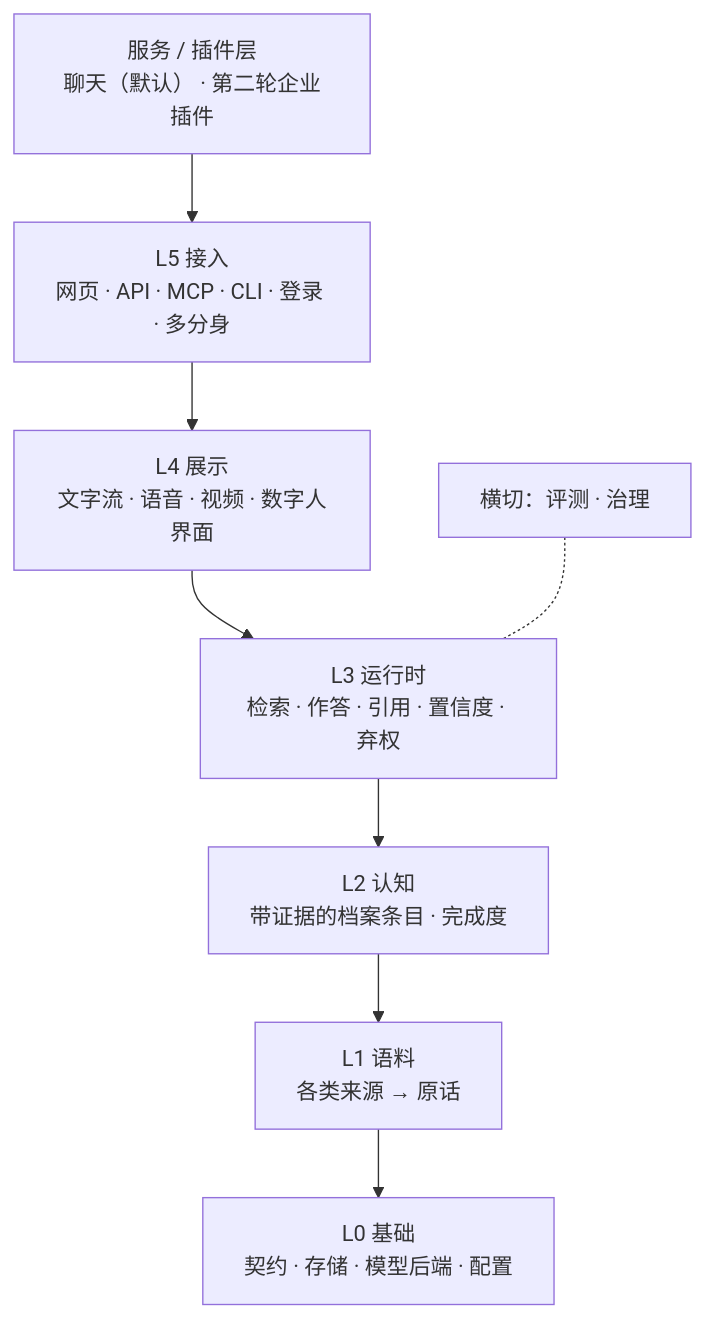
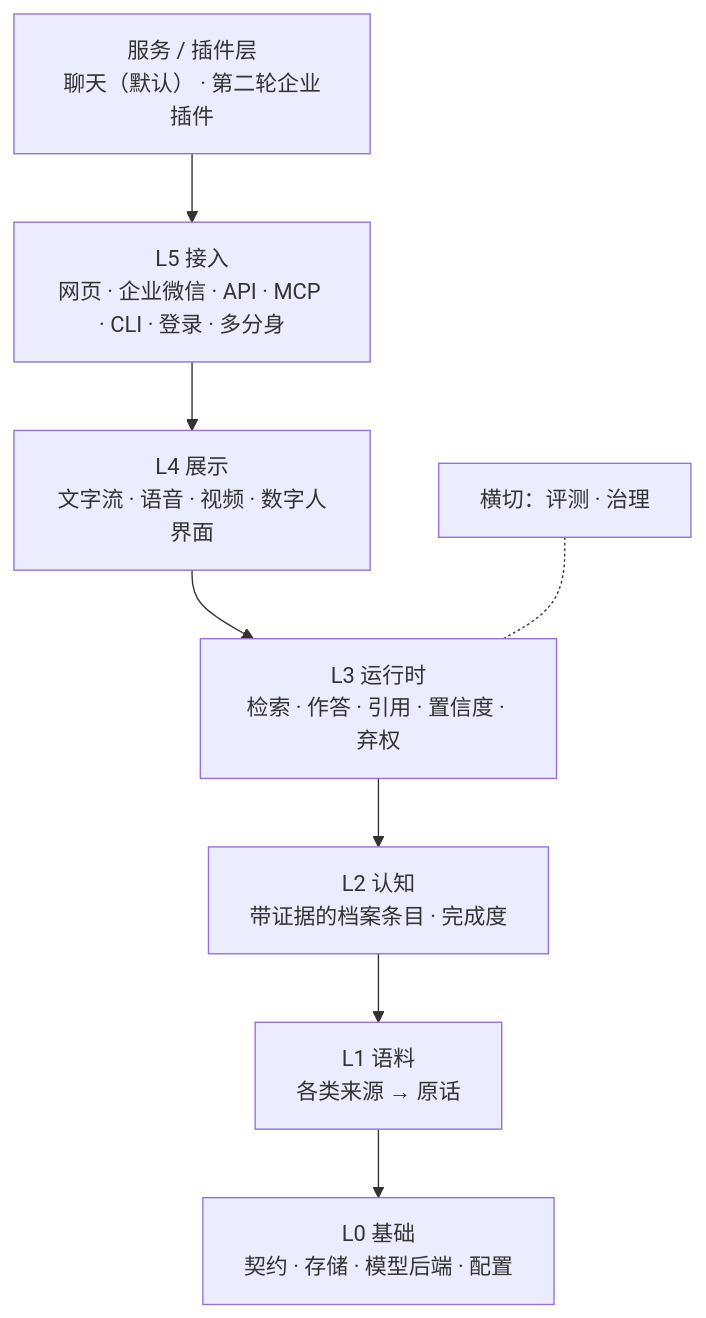
The second of 6 diagrams in docs/ARCHITECTURE.md (seasonsolt/twin), drawn with Mermaid before and after one commit. The commit also changed other lines of this file and 51 other files, not shown here.

````diff
--- a/docs/ARCHITECTURE.md
+++ b/docs/ARCHITECTURE.md
@@ -18,12 +18,12 @@
 ```mermaid
 flowchart TB
   P[服务 / 插件层<br/>聊天（默认） · 第二轮企业插件]
-  L5[L5 接入<br/>网页 · API · MCP · CLI · 登录 · 多分身]
+  L5[L5 接入<br/>网页 · 企业微信 · API · MCP · CLI · 登录 · 多分身]
   L4[L4 展示<br/>文字流 · 语音 · 视频 · 数字人界面]
   L3[L3 运行时<br/>检索 · 作答 · 引用 · 置信度 · 弃权]
   L2[L2 认知<br/>带证据的档案条目 · 完成度]
   L1[L1 语料<br/>各类来源 → 原话]
   L0[L0 基础<br/>契约 · 存储 · 模型后端 · 配置]
   P --> L5 --> L4 --> L3 --> L2 --> L1 --> L0
   X[横切：评测 · 治理] -.- L3
 ```
````
